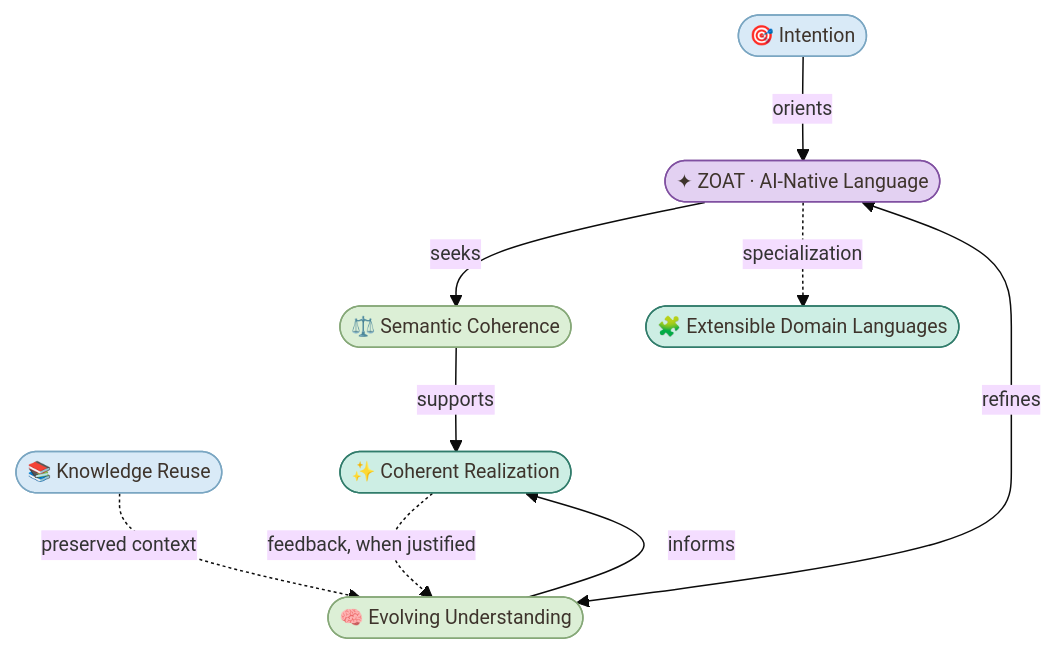
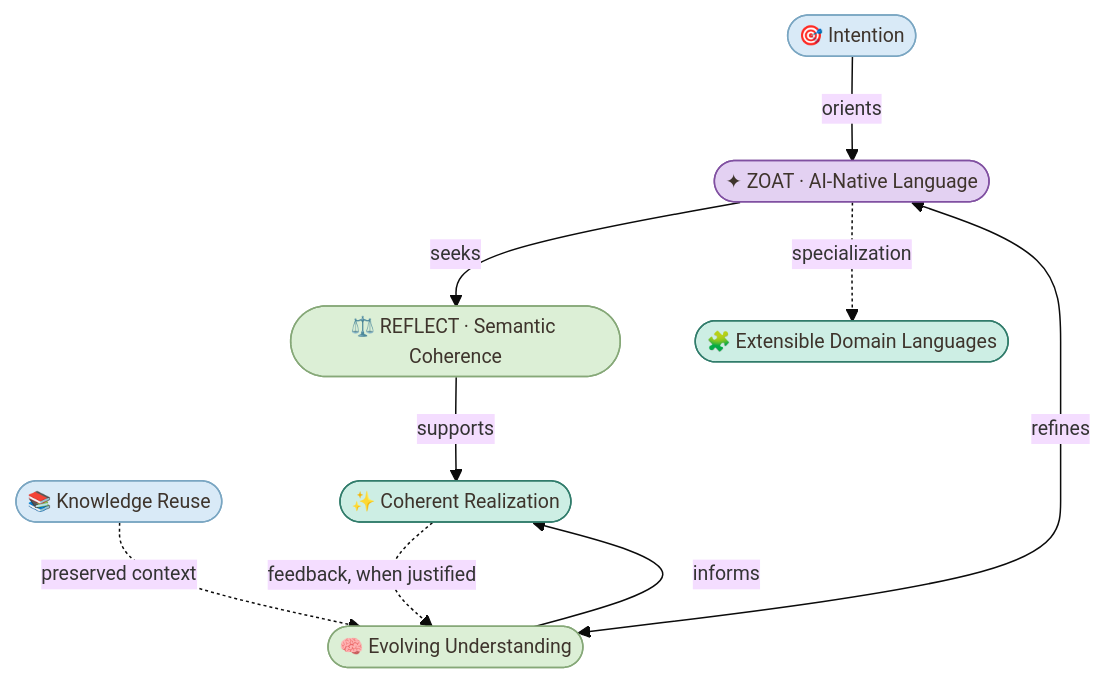
Before and after one commit to enogrob/project-zoat: the first of 2 diagrams in README.md, drawn with Mermaid. The commit also changed other lines of this file, not shown here.

Commit message:
docs: align public ZOAT diagrams with semantic icon vocabulary (#3)

````diff
--- a/README.md
+++ b/README.md
@@ -49,23 +52,23 @@
 ```mermaid
 %%{init: {"theme":"base","themeVariables":{"fontSize":"13px"},"flowchart":{"wrappingWidth":200,"minNodeWidth":0,"padding":8}}}%%
 flowchart TD
     I(["🎯 Intention"]):::context
     U(["🧠 Evolving Understanding"]):::understanding
     Z(["✦ ZOAT · AI-Native Language"]):::core
-    C(["⚖️ Semantic Coherence"]):::understanding
+    C(["⚖️ REFLECT · Semantic Coherence"]):::understanding
     K(["📚 Knowledge Reuse"]):::context
     D(["🧩 Extensible Domain Languages"]):::projection
     R(["✨ Coherent Realization"]):::projection
     I -->|orients| Z
     U <-->|refines| Z
     Z -->|seeks| C
     K -.->|preserved context| U
     Z -.->|specialization| D
     C -->|supports| R
     U -->|informs| R
     R -.->|feedback, when justified| U
     classDef context fill:#D9EAF7,stroke:#7AA6C2,color:#3E342C
     classDef understanding fill:#DCEFD6,stroke:#86A878,color:#3E342C
     classDef core fill:#E3D1F2,stroke:#8050A1,color:#3E342C
     classDef projection fill:#CDEEE4,stroke:#317C6B,color:#3E342C
 ```
````
